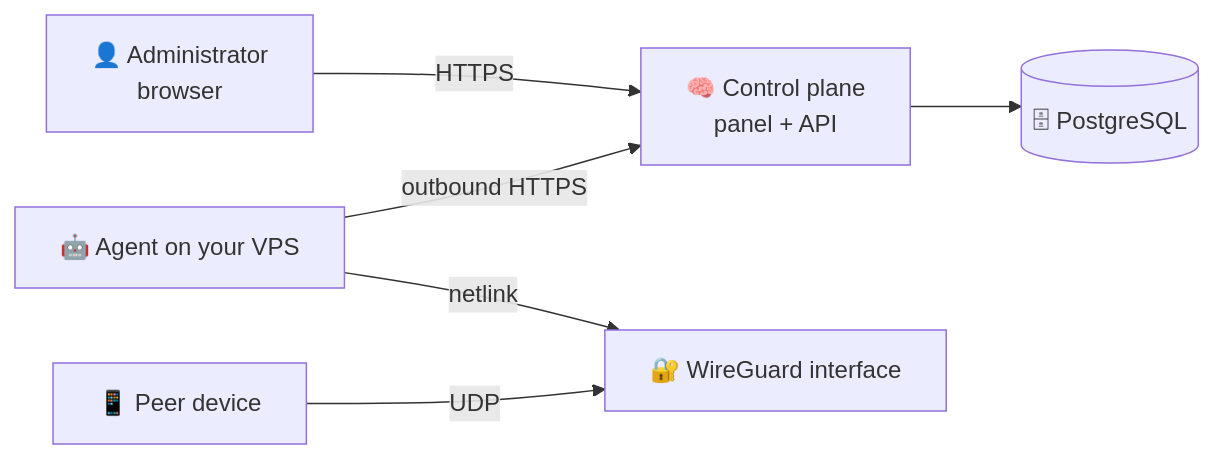
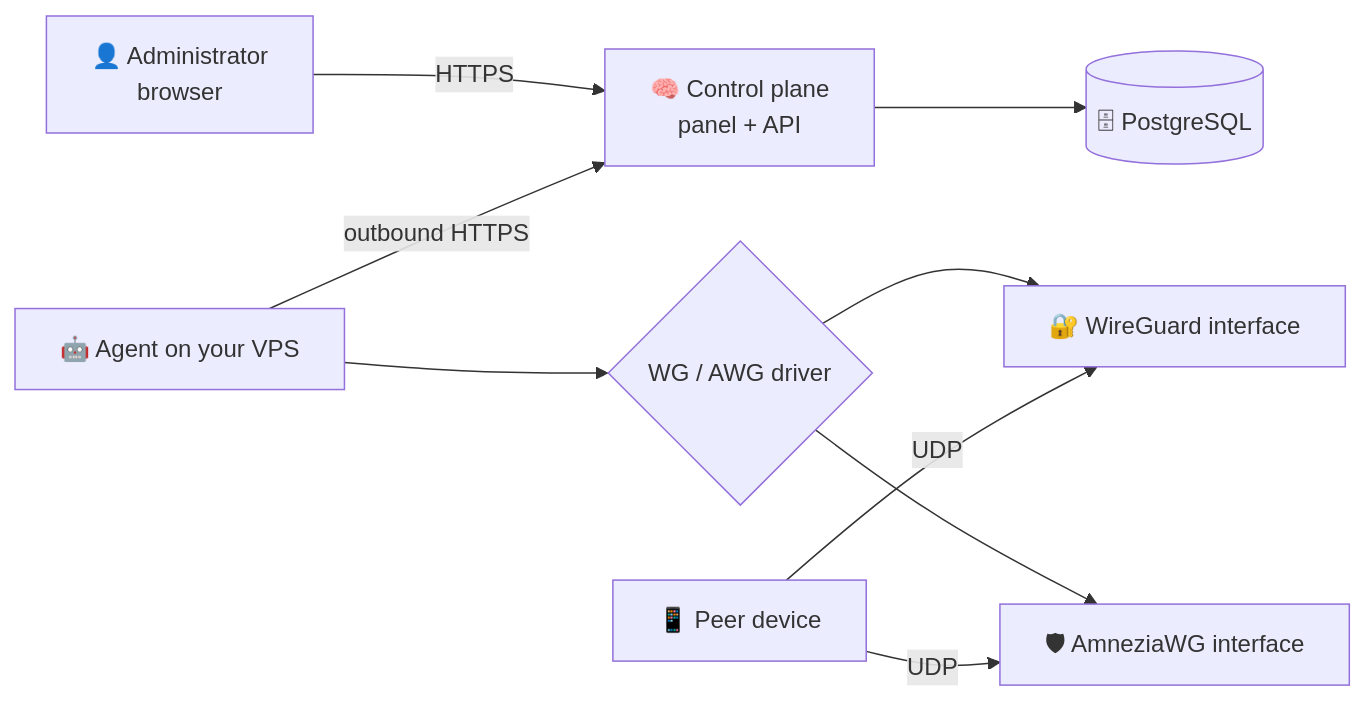
The diagram in README.md (peerblade/PeerBlade), drawn with Mermaid before and after one commit. The commit also changed other lines of this file and 26 other files, not shown here.

Commit message:
feat: publish AmneziaWG agent support

````diff
--- a/README.md
+++ b/README.md
@@ -48,8 +50,11 @@
 ```mermaid
 flowchart LR
     Admin["👤 Administrator<br/>browser"] -->|HTTPS| CP["🧠 Control plane<br/>panel + API"]
     CP --> DB[("🗄 PostgreSQL")]
     Agent["🤖 Agent on your VPS"] -->|outbound HTTPS| CP
-    Agent -->|netlink| WG["🔐 WireGuard interface"]
+    Agent --> Driver{"WG / AWG driver"}
+    Driver --> WG["🔐 WireGuard interface"]
+    Driver --> AWG["🛡 AmneziaWG interface"]
     Peer["📱 Peer device"] -->|UDP| WG
+    Peer -->|UDP| AWG
 ```
````
